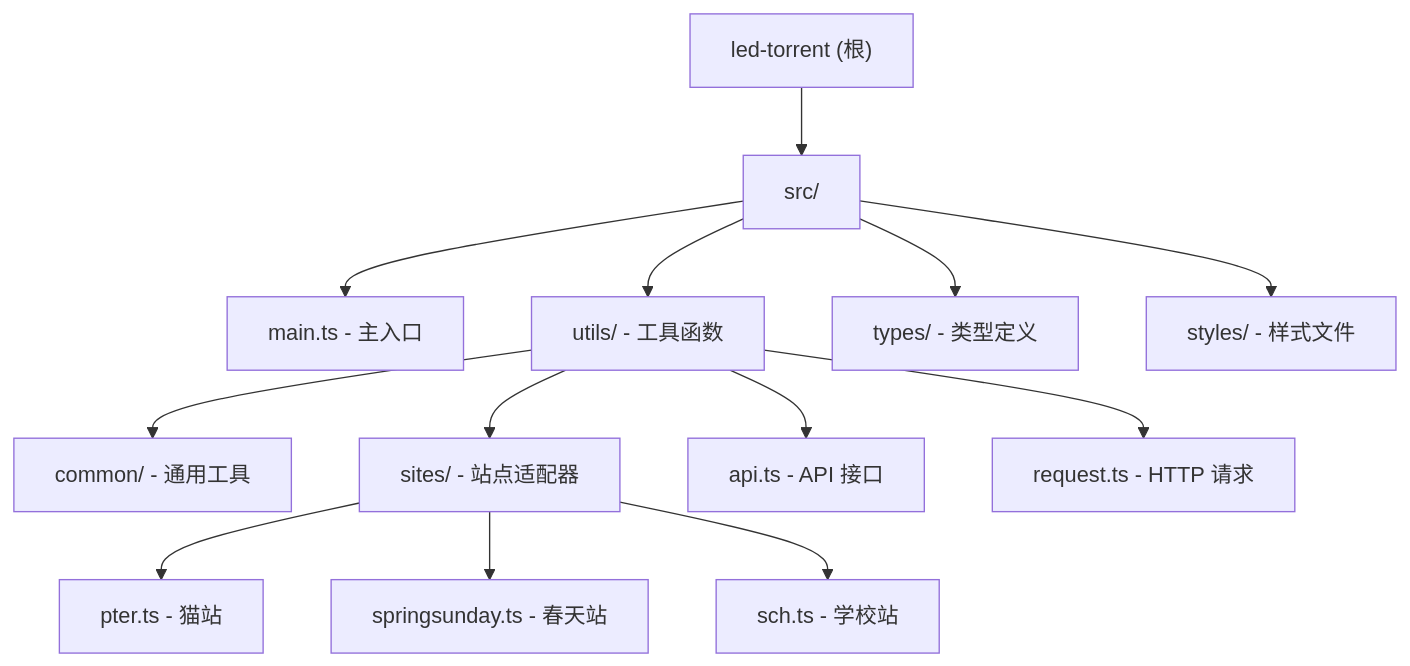
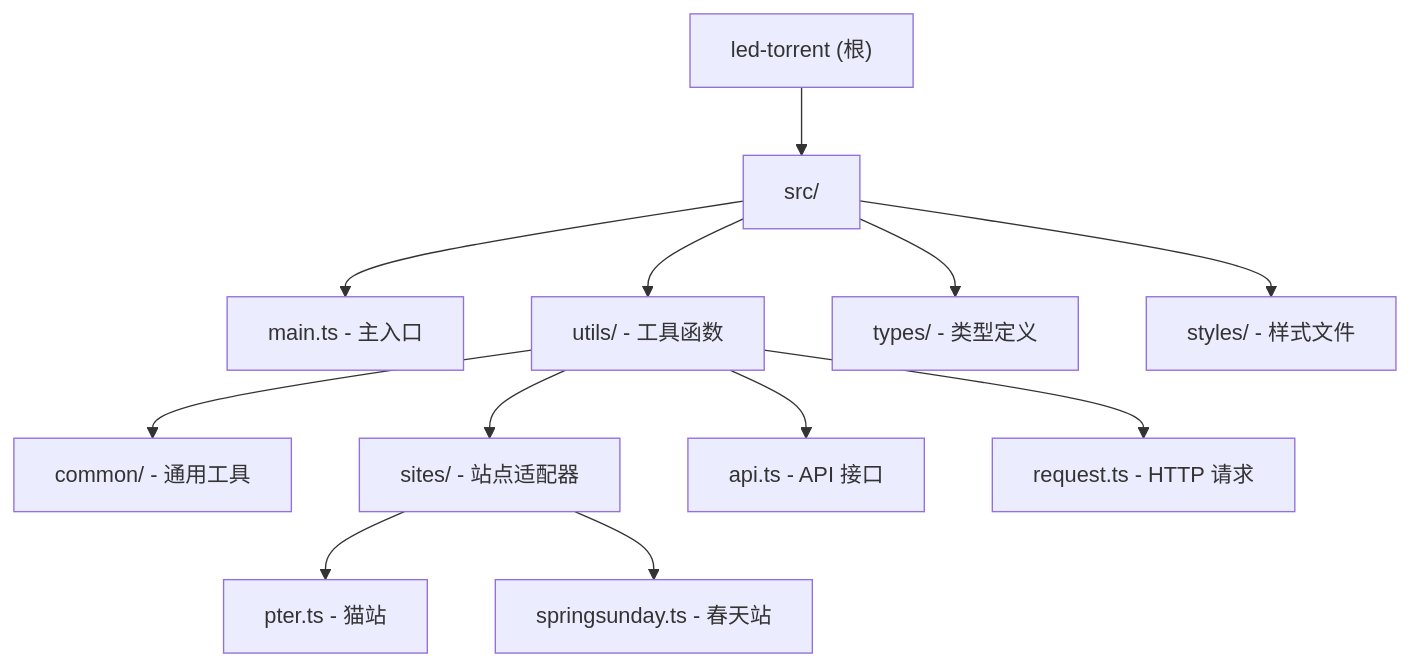
One commit to 782042369/led-torrent changed the diagram in CLAUDE.md. Above: the diagram before and after it, drawn with Mermaid. The commit also changed other lines of this file and 7 other files, not shown here.

````diff
--- a/CLAUDE.md
+++ b/CLAUDE.md
@@ -50,22 +52,21 @@
 ```mermaid
 graph TD
     A["led-torrent (根)"] --> B["src/"]
     B --> C["main.ts - 主入口"]
     B --> D["utils/ - 工具函数"]
     B --> E["types/ - 类型定义"]
     B --> F["styles/ - 样式文件"]
 
     D --> D1["common/ - 通用工具"]
     D --> D2["sites/ - 站点适配器"]
     D --> D3["api.ts - API 接口"]
     D --> D4["request.ts - HTTP 请求"]
 
     D2 --> D21["pter.ts - 猫站"]
     D2 --> D22["springsunday.ts - 春天站"]
-    D2 --> D23["sch.ts - 学校站"]
 
     click C "#src-模块" "查看主入口文档"
     click D "#utils-模块" "查看工具函数文档"
     click E "#types-模块" "查看类型定义文档"
     click F "#styles-模块" "查看样式文档"
 ```
````
